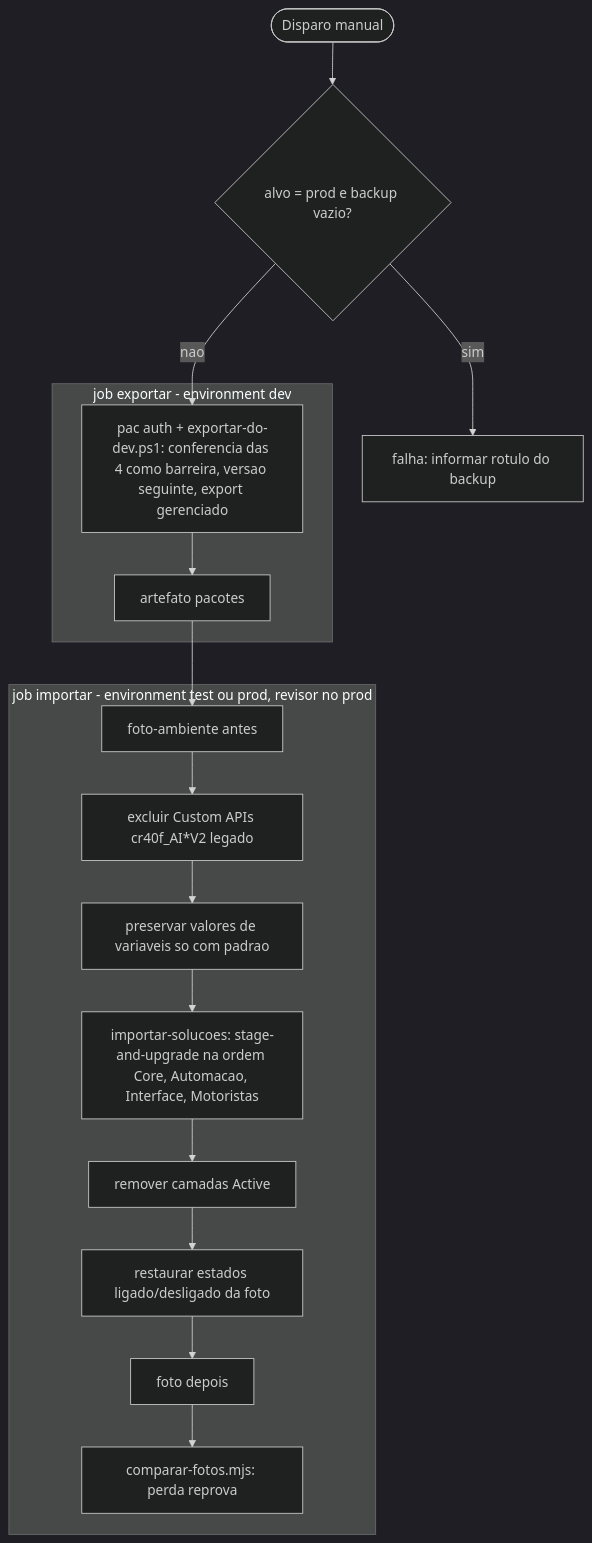
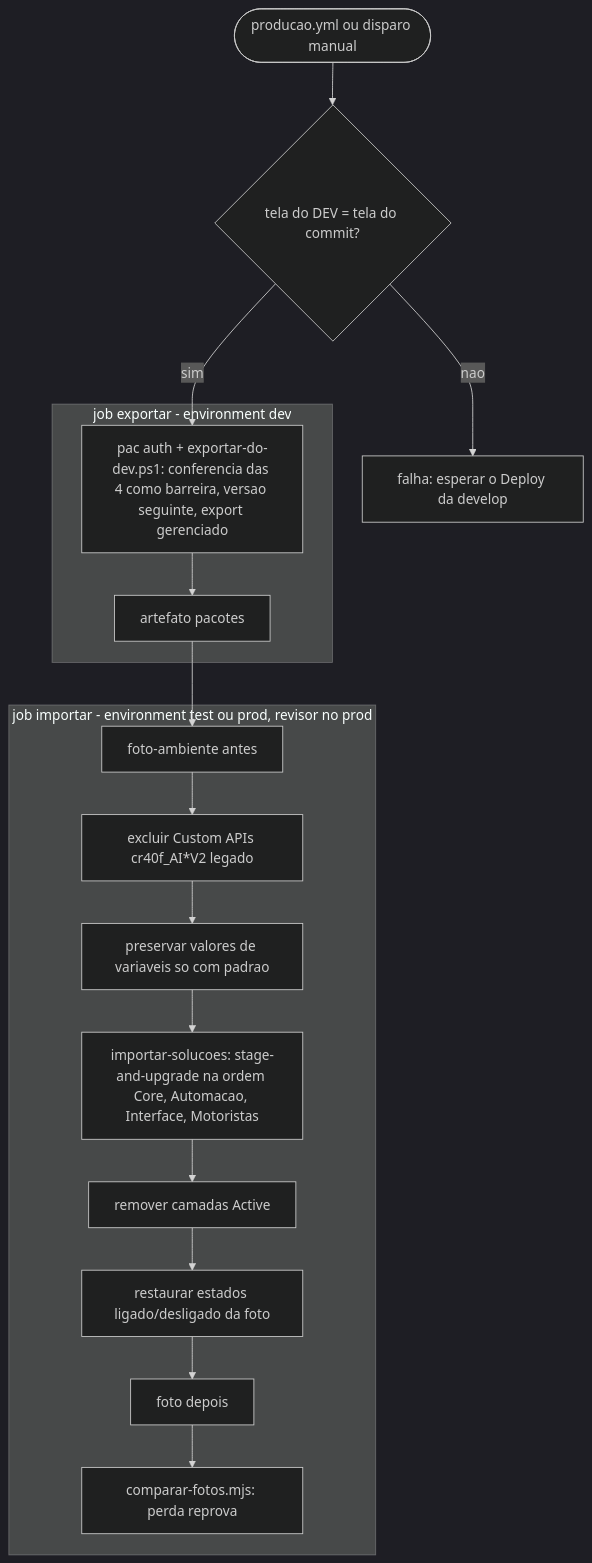
One commit to Betinhos-Executive-Service/Betinhos-Sistema changed the second of 3 diagrams in docs/auto/05-ambiente-scripts-deploy.md. Above: the diagram before and after it, drawn with Mermaid (dark theme). The commit also changed other lines of this file and 18 other files, not shown here.

First line of the commit message:
ci: develop publica no DEV e main publica no PROD, só pelo GitHub

````diff
--- a/docs/auto/05-ambiente-scripts-deploy.md
+++ b/docs/auto/05-ambiente-scripts-deploy.md
@@ -183,19 +184,19 @@
 ```mermaid
 flowchart TD
-  S([Disparo manual]) --> CK{alvo = prod e backup vazio?}
-  CK -->|sim| F1[falha: informar rotulo do backup]
-  CK -->|nao| E1
+  S([producao.yml ou disparo manual]) --> TR{tela do DEV = tela do commit?}
+  TR -->|nao| F1[falha: esperar o Deploy da develop]
+  TR -->|sim| E1
   subgraph exportar [job exportar - environment dev]
     E1[pac auth + exportar-do-dev.ps1: conferencia das 4 como barreira, versao seguinte, export gerenciado] --> E2[artefato pacotes]
   end
   E2 --> subgraph_i
   subgraph importar [job importar - environment test ou prod, revisor no prod]
     subgraph_i[foto-ambiente antes] --> I2[excluir Custom APIs cr40f_AI*V2 legado]
     I2 --> I3[preservar valores de variaveis so com padrao]
     I3 --> I4[importar-solucoes: stage-and-upgrade na ordem Core, Automacao, Interface, Motoristas]
     I4 --> I5[remover camadas Active]
     I5 --> I6[restaurar estados ligado/desligado da foto]
     I6 --> I7[foto depois]
     I7 --> I8[comparar-fotos.mjs: perda reprova]
   end
 ```
````
